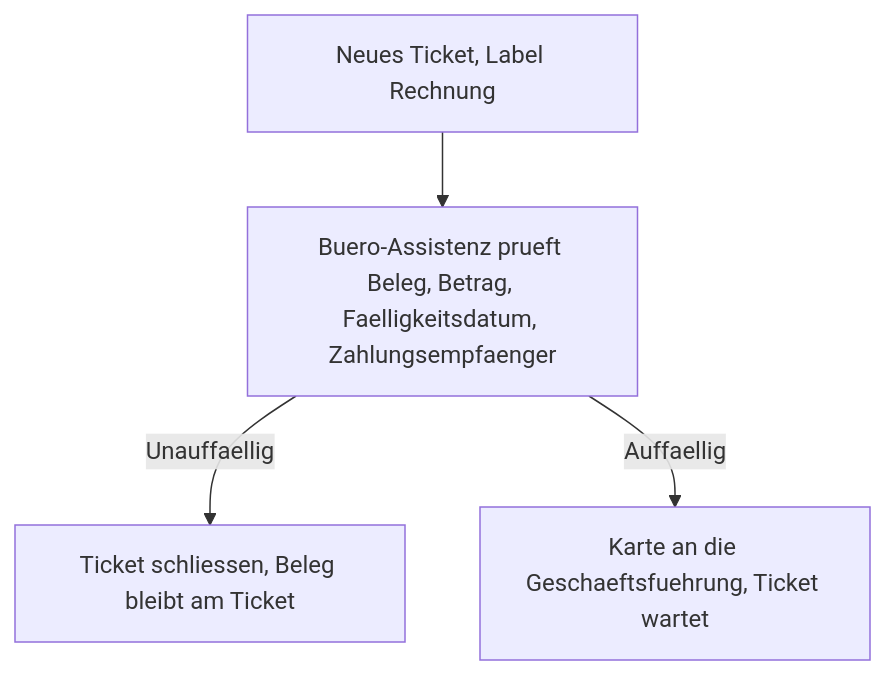
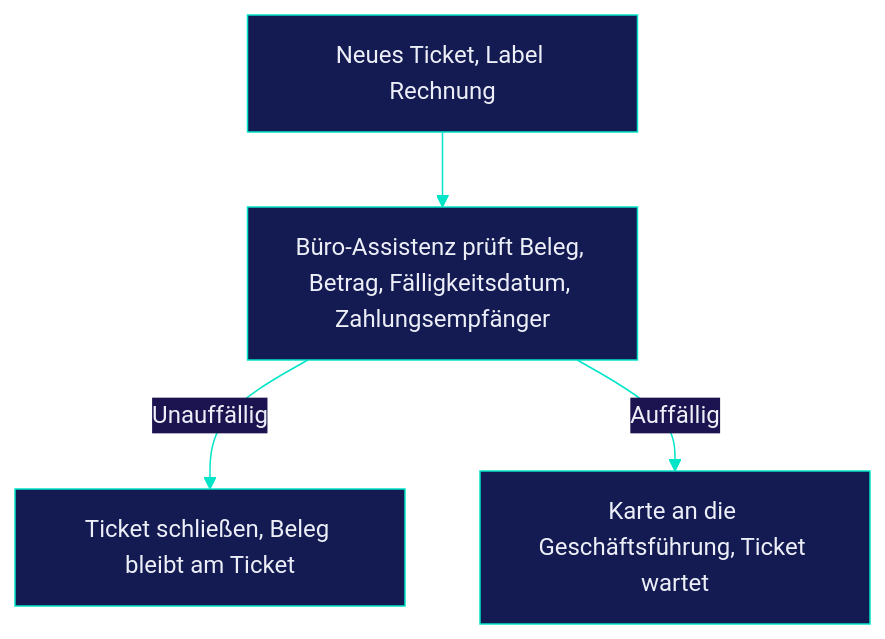
Before and after one commit to zinburg-labs/ki-team-kostprobe: the diagram in routinen-beispiele/stufe-1-rechnungspruefung-paperclip/README.md, drawn with Mermaid. The commit also changed other lines of this file and 4 other files, not shown here.

Commit message:
README im Stil von consulting.zinburg.dev: Banner, Kurzüberblick, Drei-Schritte-Einstieg, Diagramme in den Farben der Website mit echten Umlauten, Rückverweise

````diff
--- a/routinen-beispiele/stufe-1-rechnungspruefung-paperclip/README.md
+++ b/routinen-beispiele/stufe-1-rechnungspruefung-paperclip/README.md
@@ -17,6 +17,7 @@
 ```mermaid
+%%{init: {'theme':'base','themeVariables':{'primaryColor':'#141A52','primaryTextColor':'#ECEFF7','primaryBorderColor':'#00E5C7','lineColor':'#00E5C7','secondaryColor':'#1C1450','tertiaryColor':'#0A0D2B'}}}%%
 flowchart TD
-    A[Neues Ticket, Label Rechnung] --> B[Buero-Assistenz prueft Beleg, Betrag, Faelligkeitsdatum, Zahlungsempfaenger]
-    B -->|Unauffaellig| C[Ticket schliessen, Beleg bleibt am Ticket]
-    B -->|Auffaellig| D[Karte an die Geschaeftsfuehrung, Ticket wartet]
+    A[Neues Ticket, Label Rechnung] --> B[Büro-Assistenz prüft Beleg, Betrag, Fälligkeitsdatum, Zahlungsempfänger]
+    B -->|Unauffällig| C[Ticket schließen, Beleg bleibt am Ticket]
+    B -->|Auffällig| D[Karte an die Geschäftsführung, Ticket wartet]
 ```
````
